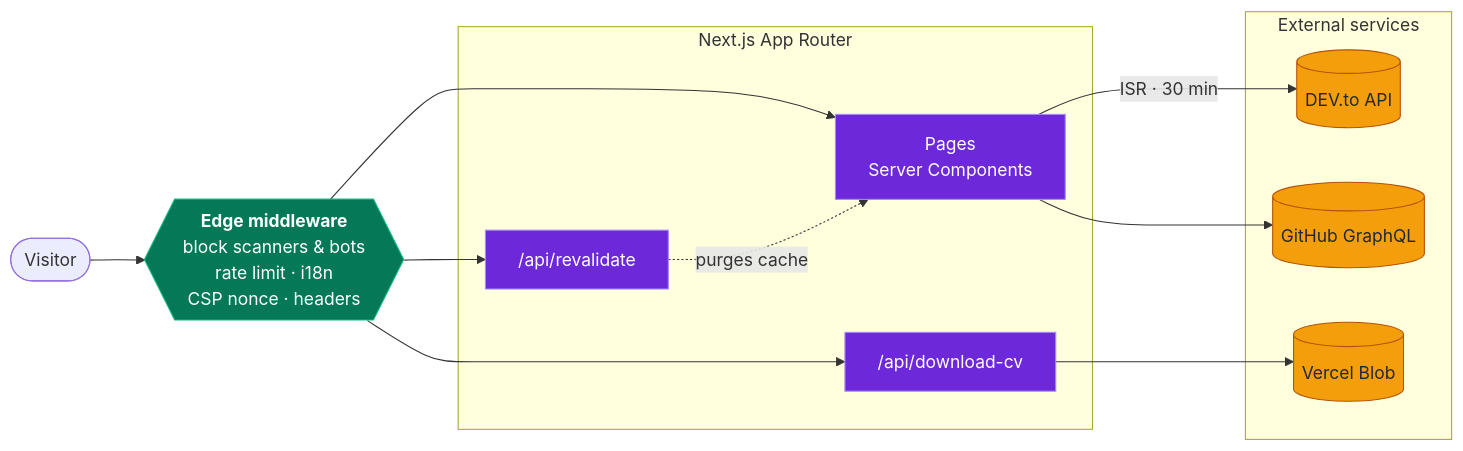
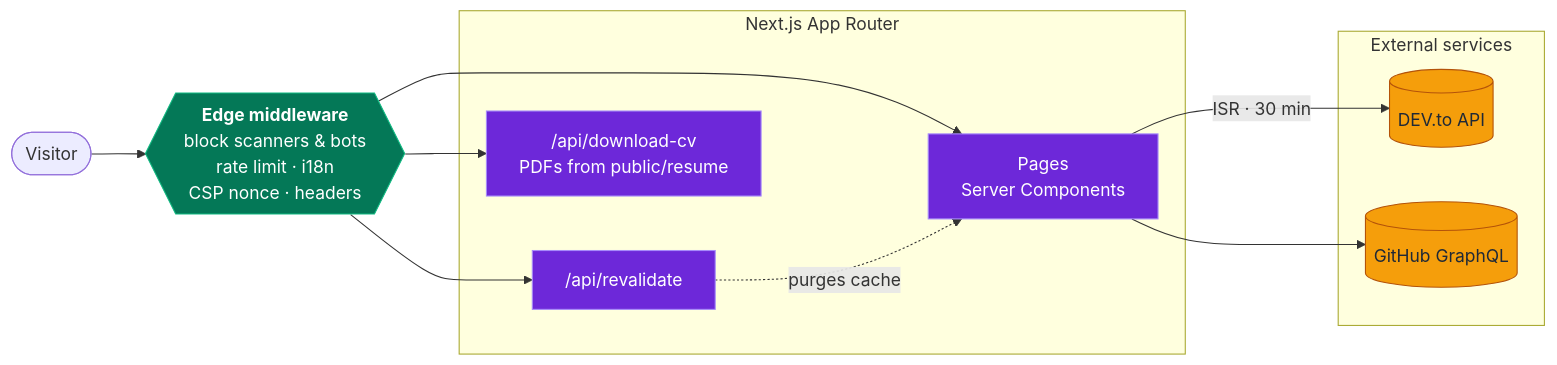
One commit to Juxn89/juangomezb changed the first of 2 diagrams in README.md. Above: the diagram before and after it, drawn with Mermaid. The commit also changed 3 other files, not shown here.

First line of the commit message:
feat(cv): serve the CV PDFs from public/resume instead of Vercel Blob

````diff
--- a/README.md
+++ b/README.md
@@ -100,29 +100,27 @@
 ```mermaid
 flowchart LR
     V([Visitor]) --> EDGE{{"<b>Edge middleware</b><br/>block scanners & bots<br/>rate limit · i18n<br/>CSP nonce · headers"}}
 
     subgraph APP["Next.js App Router"]
         PAGE["Pages<br/>Server Components"]
         REVAL["/api/revalidate"]
-        CV["/api/download-cv"]
+        CV["/api/download-cv<br/>PDFs from public/resume"]
     end
 
     subgraph EXT["External services"]
         DEVTO[("DEV.to API")]
         GH[("GitHub GraphQL")]
-        BLOB[("Vercel Blob")]
     end
 
     EDGE --> PAGE & REVAL & CV
     PAGE -->|"ISR · 30 min"| DEVTO
     PAGE --> GH
     REVAL -.->|purges cache| PAGE
-    CV --> BLOB
 
     classDef edge fill:#047857,stroke:#10b981,color:#ffffff
     classDef app fill:#6d28d9,stroke:#a78bfa,color:#ffffff
     classDef ext fill:#f59e0b,stroke:#b45309,color:#1f2937
     class EDGE edge
     class PAGE,REVAL,CV app
-    class DEVTO,GH,BLOB ext
+    class DEVTO,GH ext
 ```
````
